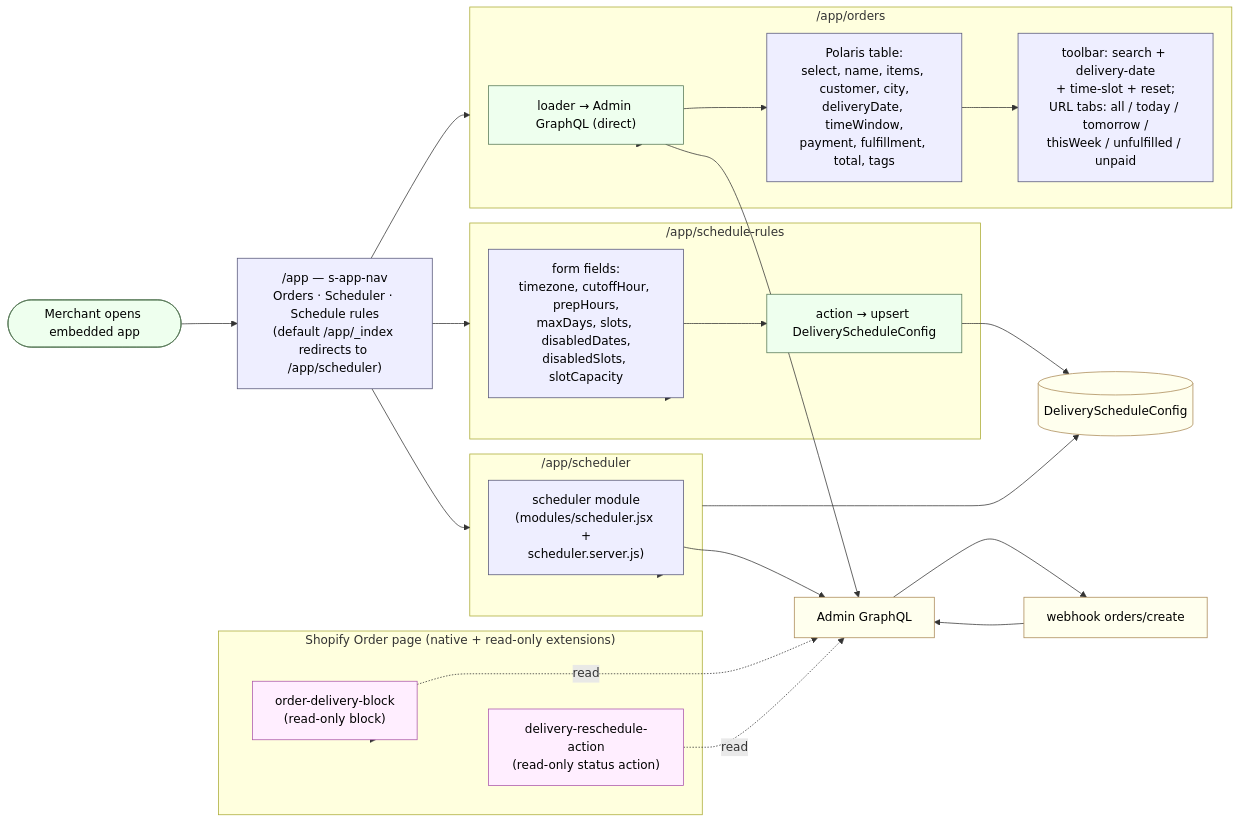
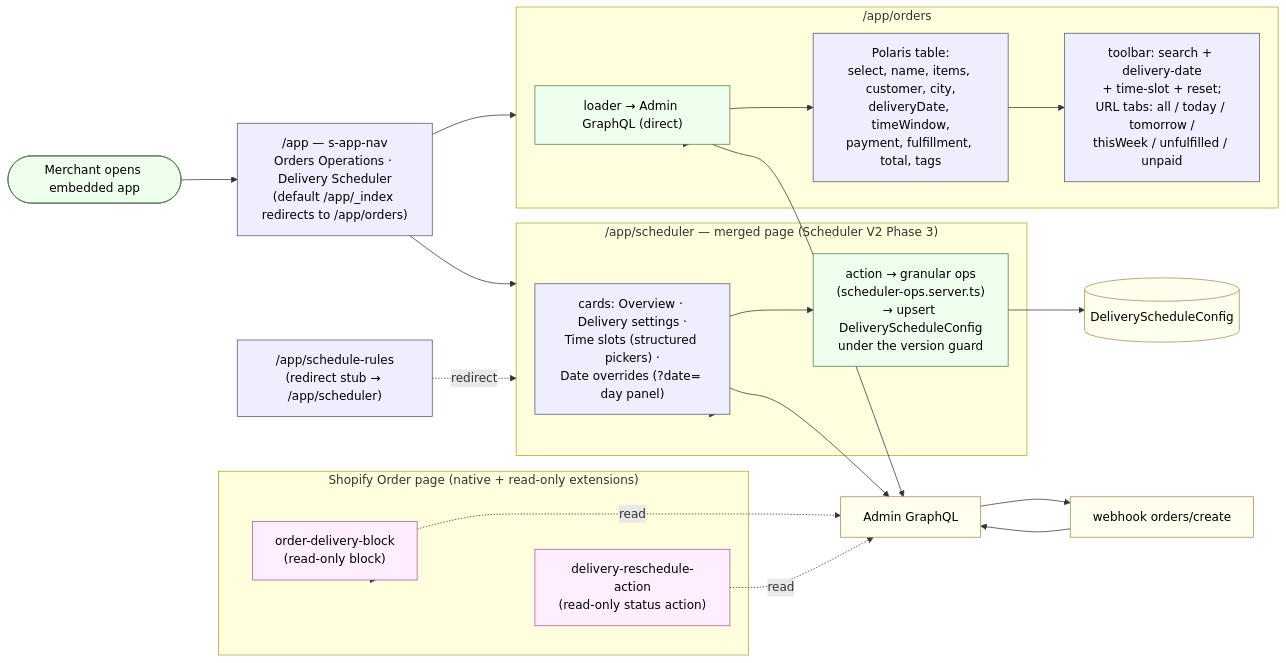
Before and after one commit to flwrdev/delivery-scheduler: the second of 3 diagrams in docs/api.md, drawn with Mermaid. The commit also changed other lines of this file and 20 other files, not shown here.

First line of the commit message:
feat(scheduler-v2): Phase 3 — merged Polaris page (D2/D3, version-guarded ops)

````diff
--- a/docs/api.md
+++ b/docs/api.md
@@ -221,53 +223,50 @@
 ```mermaid
 flowchart LR
     classDef screen fill:#eef,stroke:#557,color:#000
     classDef act fill:#efe,stroke:#575,color:#000
     classDef sys fill:#ffe,stroke:#a85,color:#000
     classDef rd fill:#fef,stroke:#a5a,color:#000
 
     START(["Merchant opens embedded app"]):::act
-    APP["/app — s-app-nav<br/>Orders · Scheduler · Schedule rules<br/>(default /app/_index redirects to /app/scheduler)"]:::screen
+    APP["/app — s-app-nav<br/>Orders Operations · Delivery Scheduler<br/>(default /app/_index redirects to /app/orders)"]:::screen
 
     subgraph ORDERS["/app/orders"]
         O_LOAD["loader → Admin GraphQL (direct)"]:::act
         O_LIST["Polaris table:<br/>select, name, items, customer, city,<br/>deliveryDate, timeWindow,<br/>payment, fulfillment, total, tags"]:::screen
         O_FILT["toolbar: search + delivery-date<br/>+ time-slot + reset;<br/>URL tabs: all / today / tomorrow /<br/>thisWeek / unfulfilled / unpaid"]:::screen
     end
 
-    subgraph SCHED["/app/scheduler"]
-        S_VIEW["scheduler module<br/>(modules/scheduler.jsx +<br/>scheduler.server.js)"]:::screen
+    subgraph SCHED["/app/scheduler — merged page (Scheduler V2 Phase 3)"]
+        S_VIEW["cards: Overview · Delivery settings ·<br/>Time slots (structured pickers) ·<br/>Date overrides (?date= day panel)"]:::screen
+        S_SAVE["action → granular ops<br/>(scheduler-ops.server.ts)<br/>→ upsert DeliveryScheduleConfig<br/>under the version guard"]:::act
     end
 
-    subgraph RULES["/app/schedule-rules"]
-        R_FORM["form fields:<br/>timezone, cutoffHour, prepHours,<br/>maxDays, slots, disabledDates,<br/>disabledSlots, slotCapacity"]:::screen
-        R_SAVE["action → upsert DeliveryScheduleConfig"]:::act
-    end
+    RULES["/app/schedule-rules<br/>(redirect stub → /app/scheduler)"]:::screen
 
     subgraph ORDER_PAGE["Shopify Order page (native + read-only extensions)"]
         ADB2["order-delivery-block<br/>(read-only block)"]:::rd
         ARA2["delivery-reschedule-action<br/>(read-only status action)"]:::rd
     end
 
     DB[("DeliveryScheduleConfig")]:::sys
     SAPI["Admin GraphQL"]:::sys
     WHN["webhook orders/create"]:::sys
 
     START --> APP
     APP --> ORDERS
     APP --> SCHED
-    APP --> RULES
 
     ORDERS --> O_LOAD --> O_LIST --> O_FILT
     O_LOAD --> SAPI
 
-    SCHED --> S_VIEW --> SAPI
-    SCHED --> DB
+    SCHED --> S_VIEW --> S_SAVE --> DB
+    S_VIEW --> SAPI
 
-    RULES --> R_FORM --> R_SAVE --> DB
+    RULES -. redirect .-> SCHED
 
     ORDER_PAGE --> ADB2 -. read .-> SAPI
     ORDER_PAGE --> ARA2 -. read .-> SAPI
 
     SAPI --> WHN
     WHN --> SAPI
 ```
````
